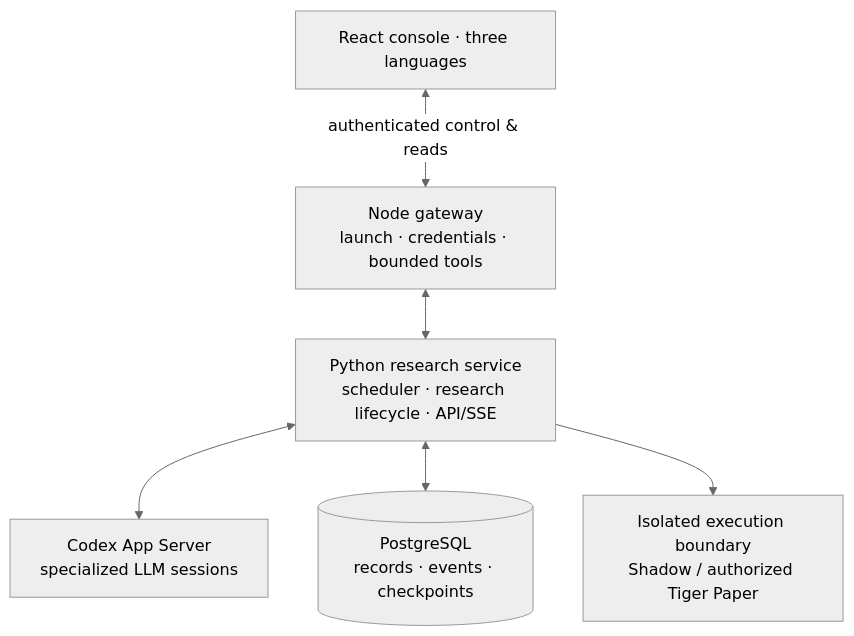
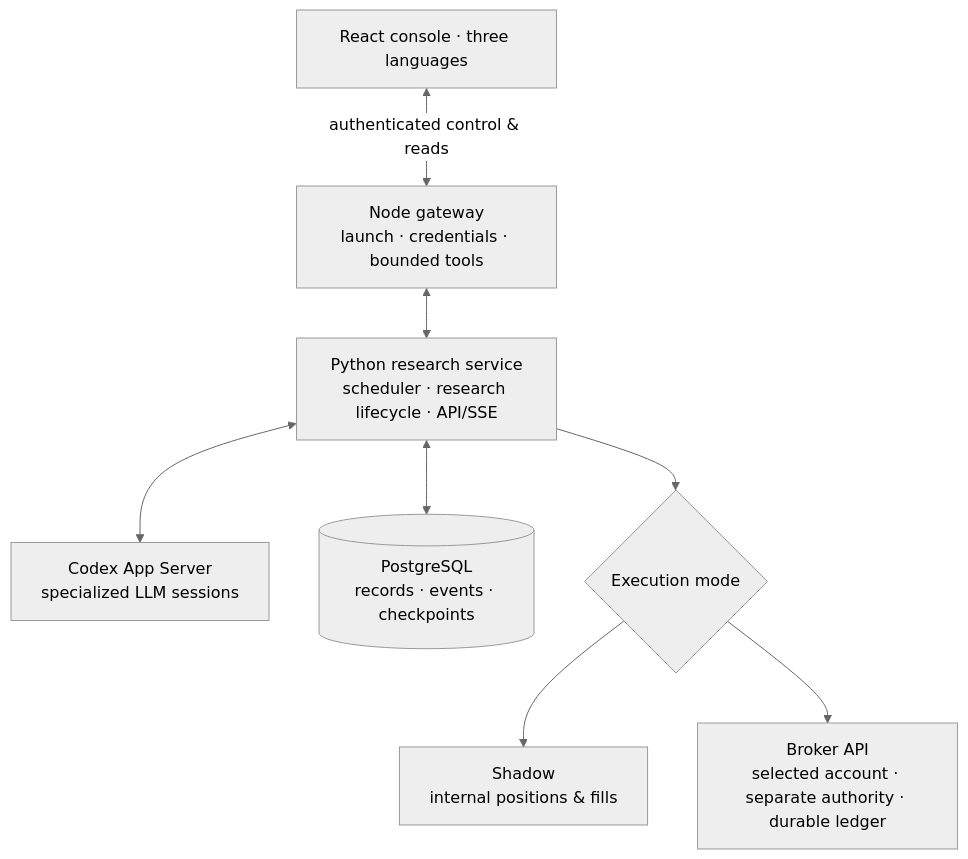
One commit to kyky2347/ALTA changed the second of 2 diagrams in README.md. Above: the diagram before and after it, drawn with Mermaid (neutral theme). The commit also changed other lines of this file and 61 other files, not shown here.

First line of the commit message:
Unify account-bound broker execution and refresh three-language guides

````diff
--- a/README.md
+++ b/README.md
@@ -142,8 +175,10 @@
 ```mermaid
 flowchart TB
     UI["React console · three languages"] <-->|"authenticated control & reads"| N["Node gateway<br/>launch · credentials · bounded tools"]
     N <--> P["Python research service<br/>scheduler · research lifecycle · API/SSE"]
     P <--> C["Codex App Server<br/>specialized LLM sessions"]
     P <--> DB[("PostgreSQL<br/>records · events · checkpoints")]
-    P --> X["Isolated execution boundary<br/>Shadow / authorized Tiger Paper"]
+    P --> X{"Execution mode"}
+    X --> S["Shadow<br/>internal positions & fills"]
+    X --> B["Broker API<br/>selected account · separate authority · durable ledger"]
 ```
````
